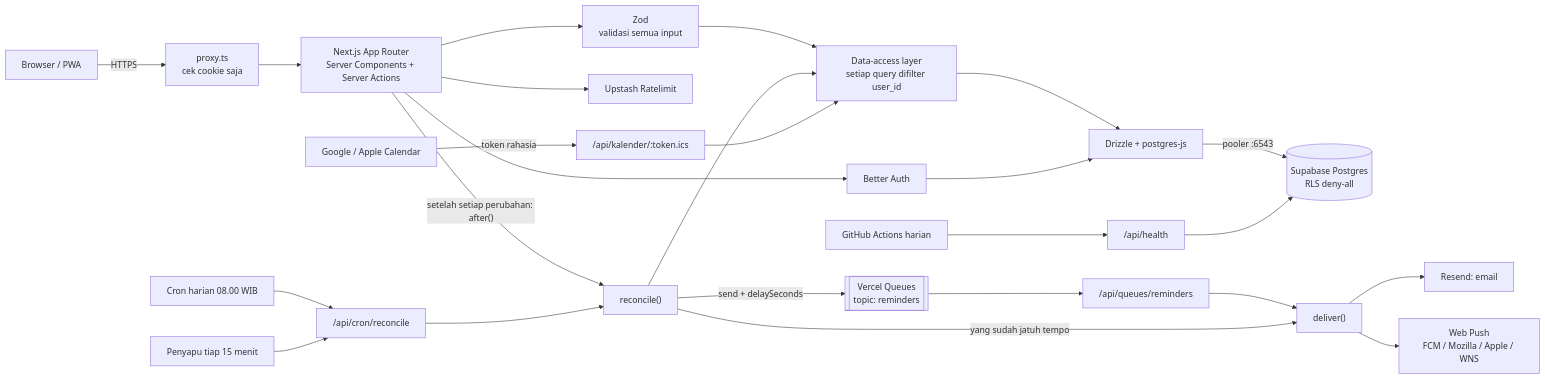
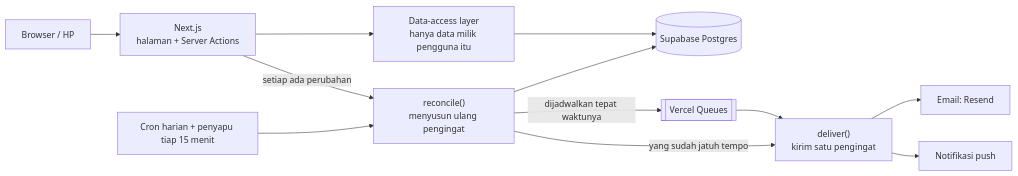
Before and after one commit to Achmad-Mahrusiy/montenku: the diagram in README.md, drawn with Mermaid. The commit also changed other lines of this file and 3 other files, not shown here.

````diff
--- a/README.md
+++ b/README.md
@@ -26,25 +22,15 @@
 ```mermaid
 flowchart LR
-  B[Browser / PWA] -->|HTTPS| P["proxy.ts<br/>cek cookie saja"]
-  P --> N["Next.js App Router<br/>Server Components + Server Actions"]
-  N --> Z["Zod<br/>validasi semua input"]
-  Z --> DAL["Data-access layer<br/>setiap query difilter user_id"]
-  DAL --> DR["Drizzle + postgres-js"]
-  DR -->|"pooler :6543"| DB[("Supabase Postgres<br/>RLS deny-all")]
-  N --> BA[Better Auth] --> DR
-  N --> RL[Upstash Ratelimit]
+  B[Browser / HP] --> N["Next.js<br/>halaman + Server Actions"]
+  N --> DAL["Data-access layer<br/>hanya data milik pengguna itu"]
+  DAL --> DB[("Supabase Postgres")]
 
-  N -->|"setelah setiap perubahan: after()"| REC["reconcile()"]
-  CR["Cron harian 08.00 WIB"] --> RT["/api/cron/reconcile"]
-  SW["Penyapu tiap 15 menit"] --> RT
-  RT --> REC
-  REC --> DAL
-  REC -->|"send + delaySeconds"| Q[["Vercel Queues<br/>topic: reminders"]]
-  Q --> C["/api/queues/reminders"] --> DEL["deliver()"]
+  N -->|"setiap ada perubahan"| REC["reconcile()<br/>menyusun ulang pengingat"]
+  CR["Cron harian + penyapu tiap 15 menit"] --> REC
+  REC --> DB
+  REC -->|"dijadwalkan tepat waktunya"| Q[["Vercel Queues"]]
+  Q --> DEL["deliver()<br/>kirim satu pengingat"]
   REC -->|"yang sudah jatuh tempo"| DEL
-  DEL --> RS[Resend: email]
-  DEL --> WP["Web Push<br/>FCM / Mozilla / Apple / WNS"]
-
-  CAL["Google / Apple Calendar"] -->|"token rahasia"| ICS["/api/kalender/:token.ics"] --> DAL
-  GH["GitHub Actions harian"] --> H["/api/health"] --> DB
+  DEL --> E[Email: Resend]
+  DEL --> P[Notifikasi push]
 ```
````
